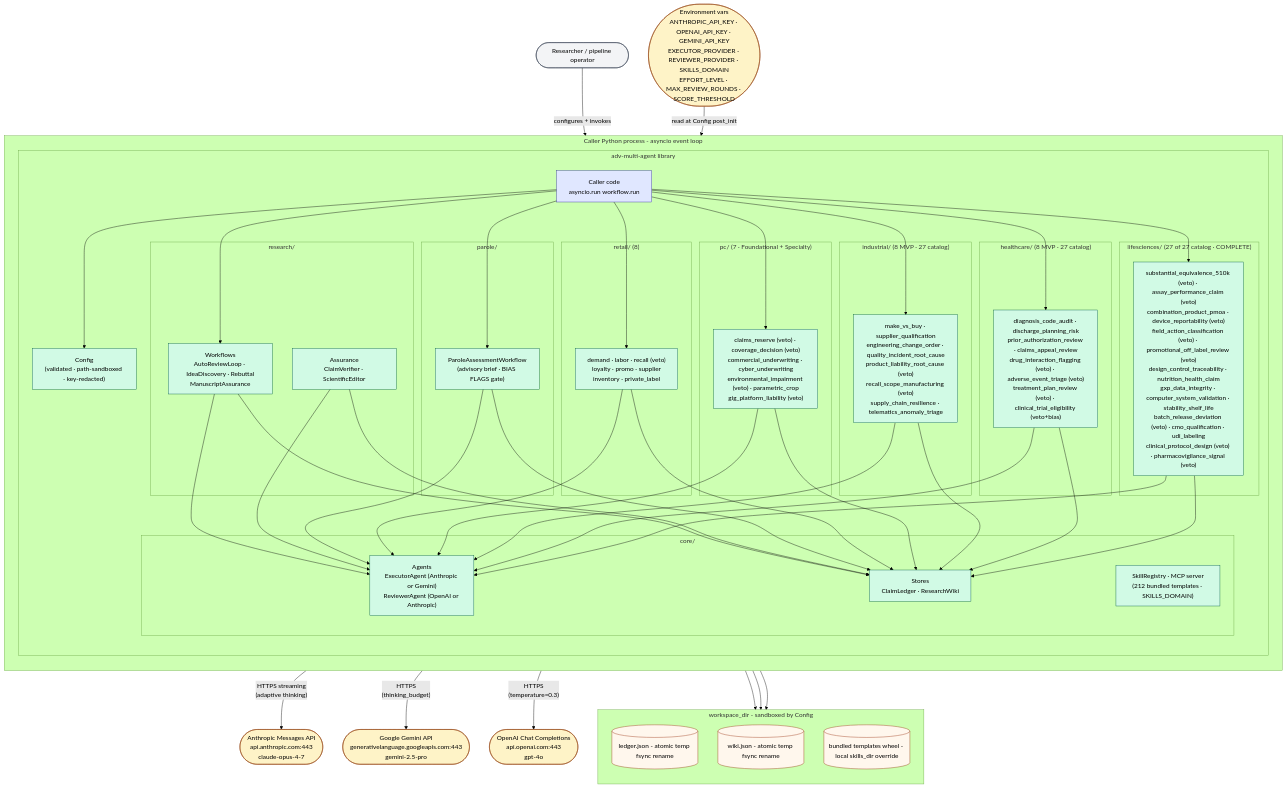
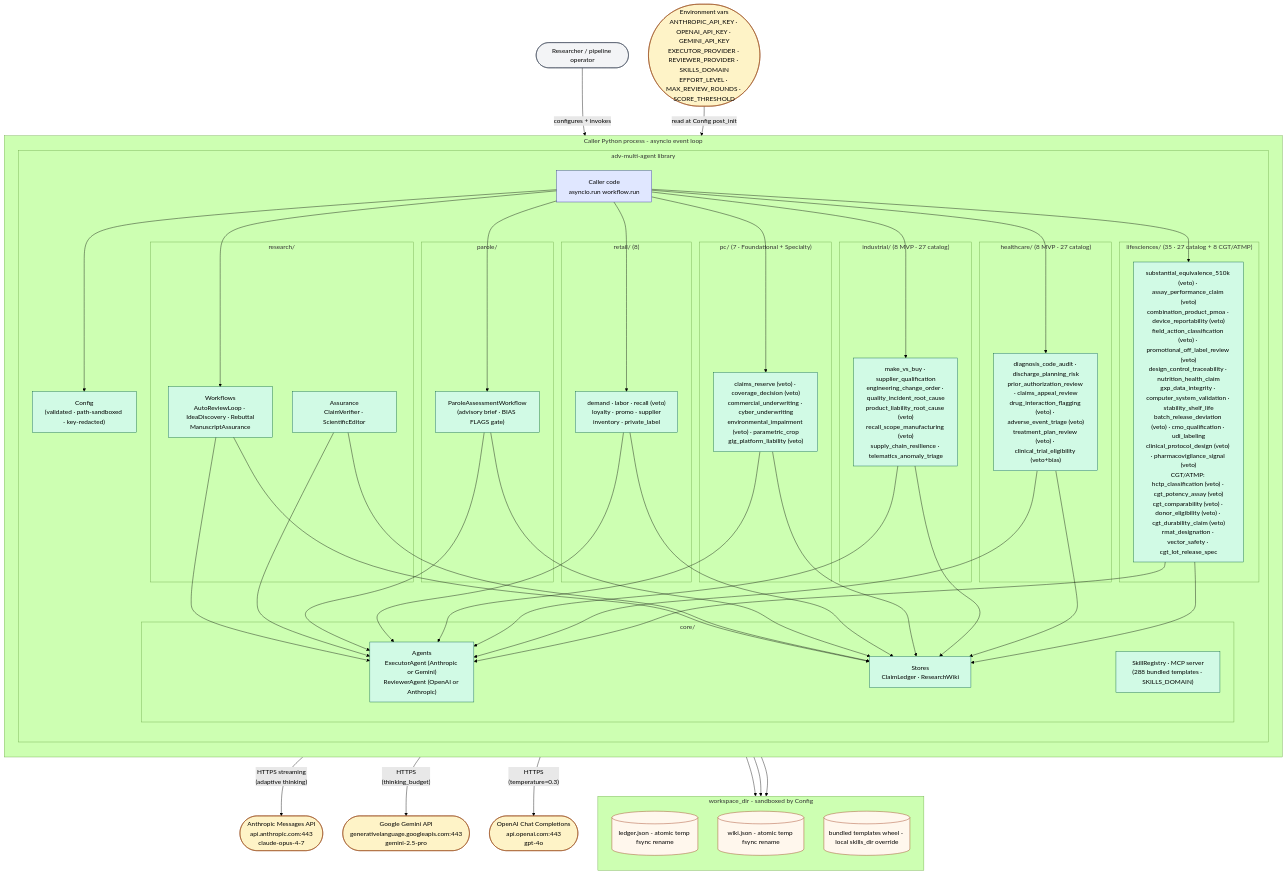
One commit to gmanch94/adversarial-multi-agent-lib changed the first of 2 diagrams in docs/deployment-architecture.md. Above: the diagram before and after it, drawn with Mermaid (forest theme). The commit also changed other lines of this file and 1 other file, not shown here.

First line of the commit message:
docs: refresh architecture + deployment-architecture to current state [skip ci]

```diff
--- a/docs/deployment-architecture.md
+++ b/docs/deployment-architecture.md
@@ -48,13 +48,13 @@
             subgraph HealthDom["healthcare/ (8 MVP · 27 catalog)"]
                 HD["diagnosis_code_audit · discharge_planning_risk<br/>prior_authorization_review · claims_appeal_review<br/>drug_interaction_flagging (veto) · adverse_event_triage (veto)<br/>treatment_plan_review (veto) · clinical_trial_eligibility (veto+bias)"]:::lib
             end
-            subgraph LifeSciDom["lifesciences/ (27 of 27 catalog · COMPLETE)"]
-                LSD["substantial_equivalence_510k (veto) · assay_performance_claim (veto)<br/>combination_product_pmoa · device_reportability (veto)<br/>field_action_classification (veto) · promotional_off_label_review (veto)<br/>design_control_traceability · nutrition_health_claim<br/>gxp_data_integrity · computer_system_validation · stability_shelf_life<br/>batch_release_deviation (veto) · cmo_qualification · udi_labeling<br/>clinical_protocol_design (veto) · pharmacovigilance_signal (veto)"]:::lib
+            subgraph LifeSciDom["lifesciences/ (35 · 27 catalog + 8 CGT/ATMP)"]
+                LSD["substantial_equivalence_510k (veto) · assay_performance_claim (veto)<br/>combination_product_pmoa · device_reportability (veto)<br/>field_action_classification (veto) · promotional_off_label_review (veto)<br/>design_control_traceability · nutrition_health_claim<br/>gxp_data_integrity · computer_system_validation · stability_shelf_life<br/>batch_release_deviation (veto) · cmo_qualification · udi_labeling<br/>clinical_protocol_design (veto) · pharmacovigilance_signal (veto)<br/>CGT/ATMP: hctp_classification (veto) · cgt_potency_assay (veto)<br/>cgt_comparability (veto) · donor_eligibility (veto) · cgt_durability_claim (veto)<br/>rmat_designation · vector_safety · cgt_lot_release_spec"]:::lib
             end
             subgraph CorePkg["core/"]
                 Agents["Agents<br/>ExecutorAgent (Anthropic or Gemini)<br/>ReviewerAgent (OpenAI or Anthropic)"]:::lib
                 Stores["Stores<br/>ClaimLedger · ResearchWiki"]:::lib
-                SkillsReg["SkillRegistry · MCP server<br/>(212 bundled templates · SKILLS_DOMAIN)"]:::lib
+                SkillsReg["SkillRegistry · MCP server<br/>(288 bundled templates · SKILLS_DOMAIN)"]:::lib
             end
 
             Caller --> Cfg
```
